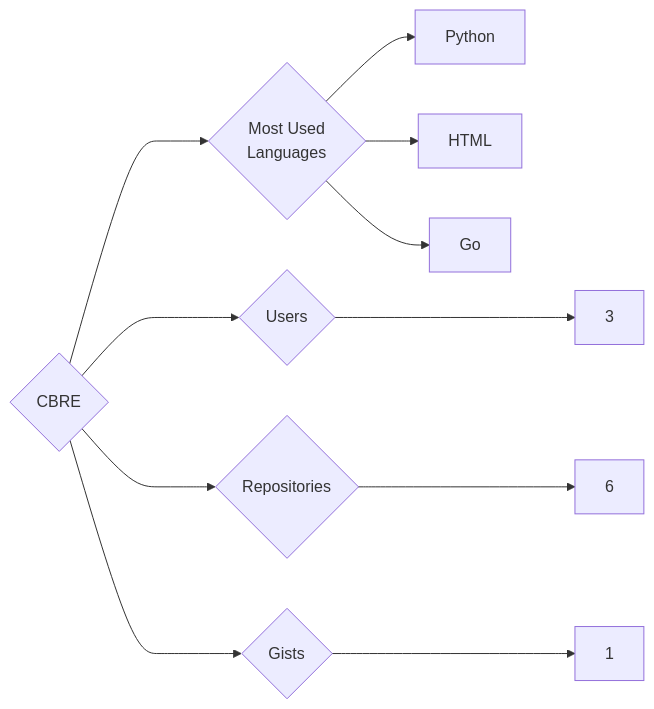
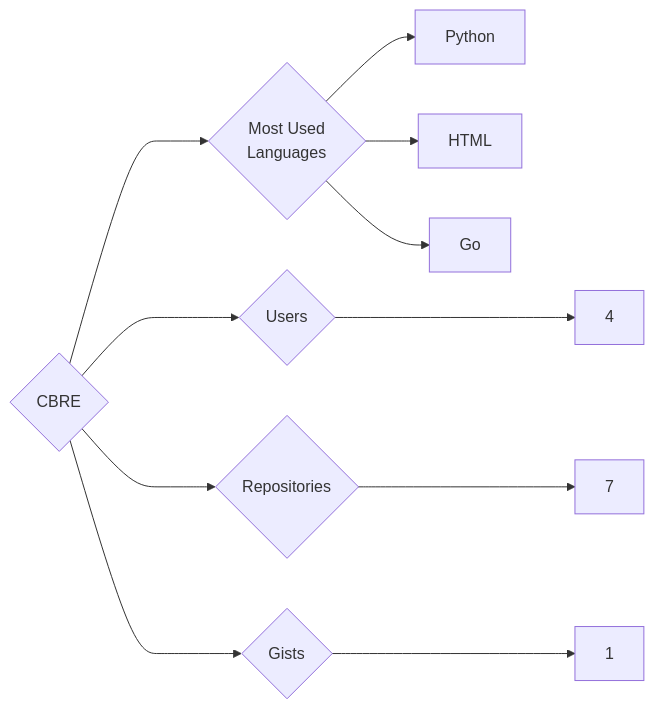
One commit to trickest/insiders changed the diagram in targets/CBRE/README.md. Above: the diagram before and after it, drawn with Mermaid. The commit also changed 997 other files, not shown here.

````diff
--- a/targets/CBRE/README.md
+++ b/targets/CBRE/README.md
@@ -3,11 +3,11 @@
 ```mermaid
 graph LR
 COMPANY_NAME{CBRE}
-COMPANY_NAME ---> U{Users} ---> UN[3]
-COMPANY_NAME ---> R{Repositories} ---> RN[6]
+COMPANY_NAME ---> U{Users} ---> UN[4]
+COMPANY_NAME ---> R{Repositories} ---> RN[7]
 COMPANY_NAME ---> G{Gists} ---> GN[1]
 COMPANY_NAME ---> ML{Most Used<br>Languages}
 ML --> Python[Python]
 ML --> HTML[HTML]
 ML --> Go[Go]
 ```
````
